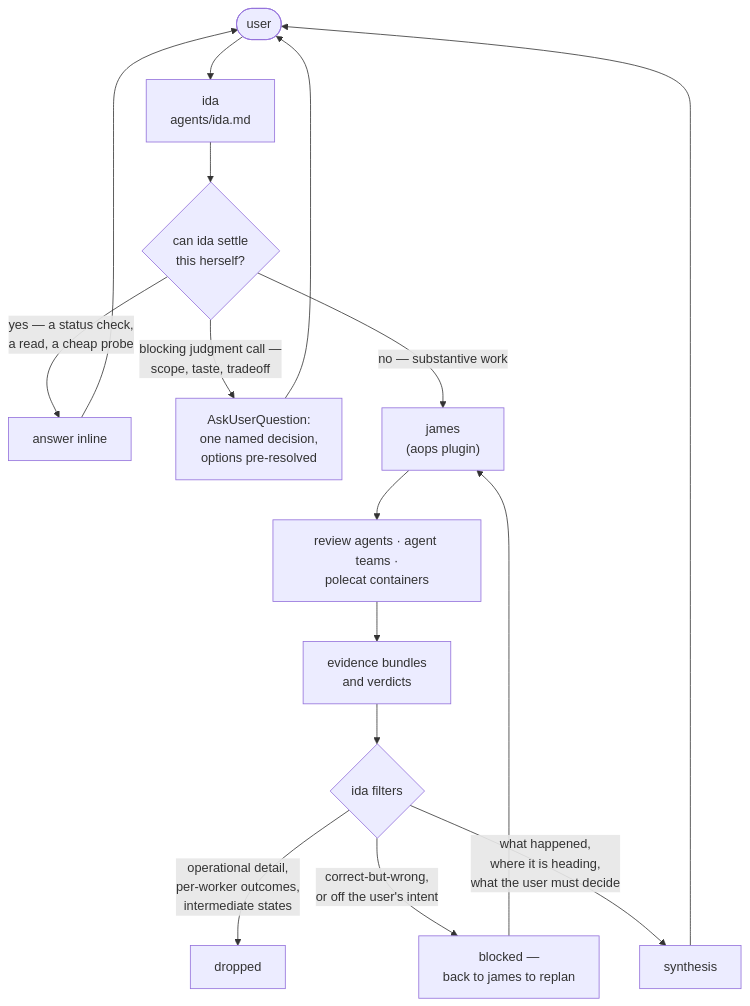
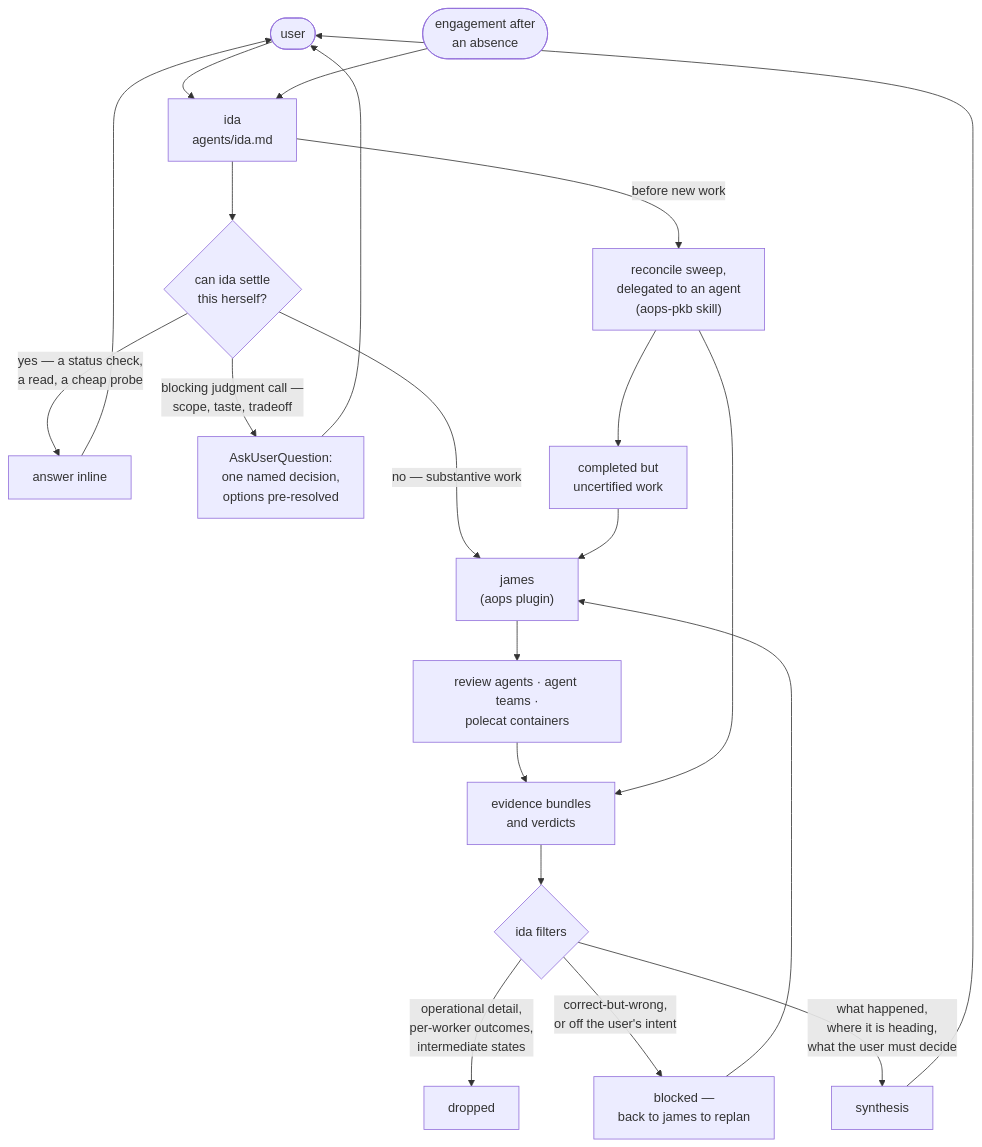
Before and after one commit to nicsuzor/academicOps: the diagram in plugins/ida/README.md, drawn with Mermaid. The commit also changed other lines of this file and 12 other files, not shown here.

````diff
--- a/plugins/ida/README.md
+++ b/plugins/ida/README.md
@@ -9,22 +11,28 @@
 ```mermaid
 flowchart TD
     U([user]) --> IDA["ida<br/>agents/ida.md"]
+    RET(["engagement after<br/>an absence"]) --> IDA
     IDA --> Q{"can ida settle<br/>this herself?"}
 
     Q -->|"yes — a status check,<br/>a read, a cheap probe"| ANS["answer inline"]
     Q -->|"blocking judgment call —<br/>scope, taste, tradeoff"| ESC["AskUserQuestion:<br/>one named decision,<br/>options pre-resolved"]
     Q -->|"no — substantive work"| J["james<br/>(aops plugin)"]
 
+    IDA -->|"before new work"| SWEEP["reconcile sweep,<br/>delegated to an agent<br/>(aops-pkb skill)"]
+    SWEEP --> UNC["completed but<br/>uncertified work"]
+    UNC --> J
+
     J --> W["review agents · agent teams ·<br/>polecat containers"]
     W --> EV["evidence bundles<br/>and verdicts"]
+    SWEEP --> EV
     EV --> F{"ida filters"}
 
     F -->|"operational detail,<br/>per-worker outcomes,<br/>intermediate states"| DROP["dropped"]
     F -->|"correct-but-wrong,<br/>or off the user's intent"| BLOCK["blocked —<br/>back to james to replan"]
     F -->|"what happened,<br/>where it is heading,<br/>what the user must decide"| SYN["synthesis"]
 
     ANS --> U
     ESC --> U
     SYN --> U
     BLOCK --> J
 ```
````
